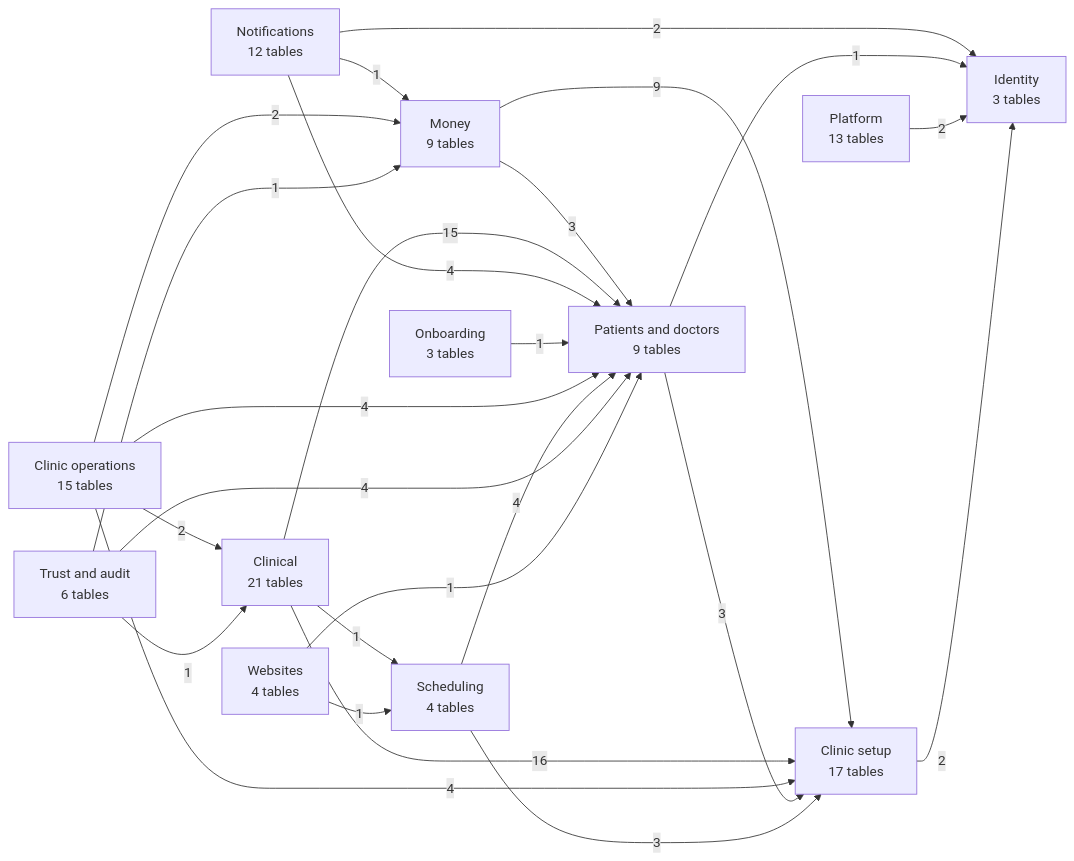
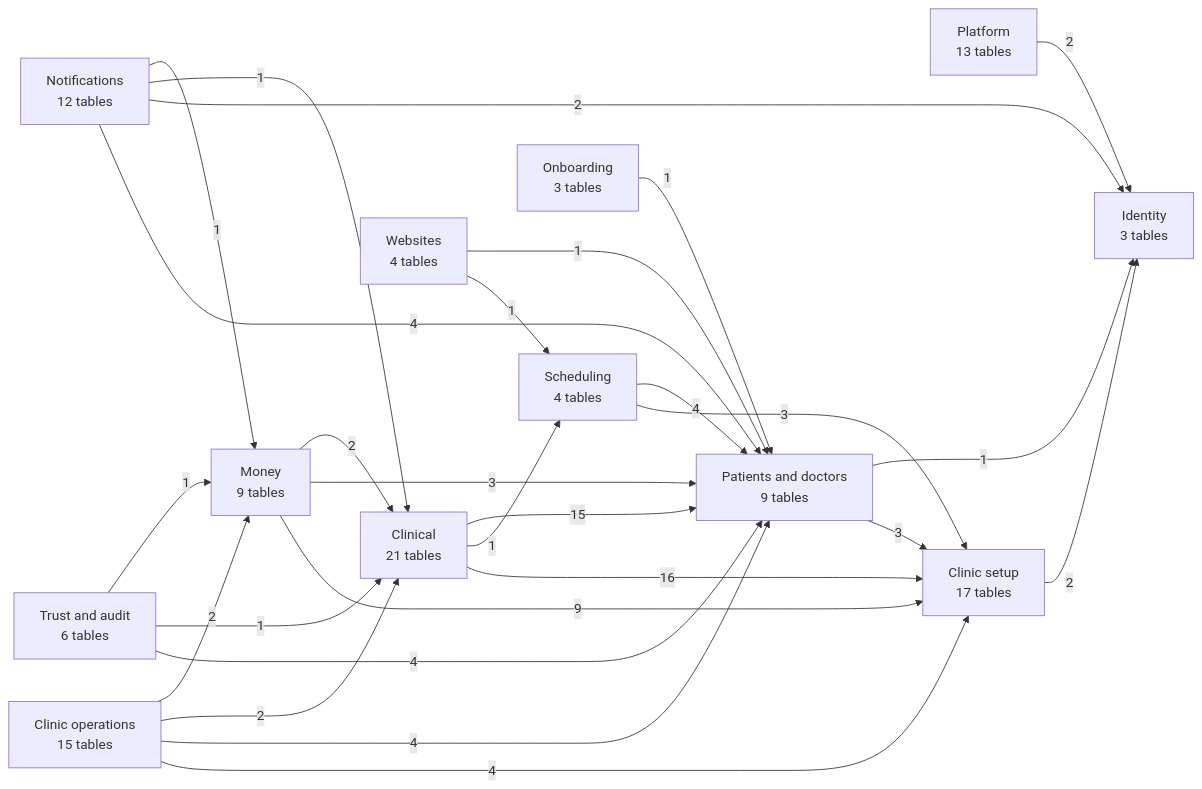
The first of 13 diagrams in docs/database.md (sakalyatechnologies/aarogyam), drawn with Mermaid before and after one commit. The commit also changed other lines of this file and 10 other files, not shown here.

````diff
--- a/docs/database.md
+++ b/docs/database.md
@@ -27,39 +27,41 @@
 ```mermaid
 flowchart LR
   platform["Platform<br/>13 tables"]
   iam["Identity<br/>3 tables"]
   tenancy["Clinic setup<br/>17 tables"]
   people["Patients and doctors<br/>9 tables"]
   scheduling["Scheduling<br/>4 tables"]
   clinical["Clinical<br/>21 tables"]
   ops["Clinic operations<br/>15 tables"]
   billing["Money<br/>9 tables"]
   notify["Notifications<br/>12 tables"]
   web["Websites<br/>4 tables"]
   trust["Trust and audit<br/>6 tables"]
   onboarding["Onboarding<br/>3 tables"]
+  billing -->|2| clinical
   billing -->|3| people
   billing -->|9| tenancy
   clinical -->|15| people
   clinical -->|1| scheduling
   clinical -->|16| tenancy
   notify -->|1| billing
+  notify -->|1| clinical
   notify -->|2| iam
   notify -->|4| people
   onboarding -->|1| people
   ops -->|2| billing
   ops -->|2| clinical
   ops -->|4| people
   ops -->|4| tenancy
   people -->|1| iam
   people -->|3| tenancy
   platform -->|2| iam
   scheduling -->|4| people
   scheduling -->|3| tenancy
   tenancy -->|2| iam
   trust -->|1| billing
   trust -->|1| clinical
   trust -->|4| people
   web -->|1| people
   web -->|1| scheduling
 ```
````
